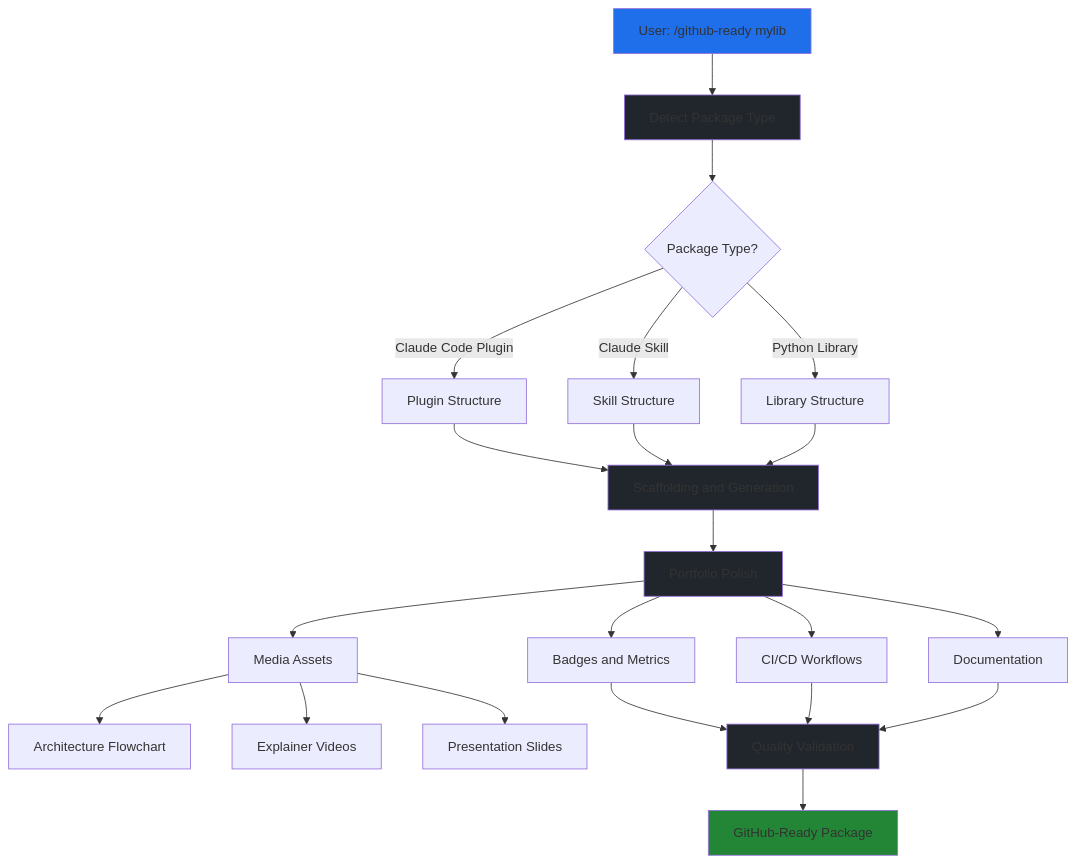
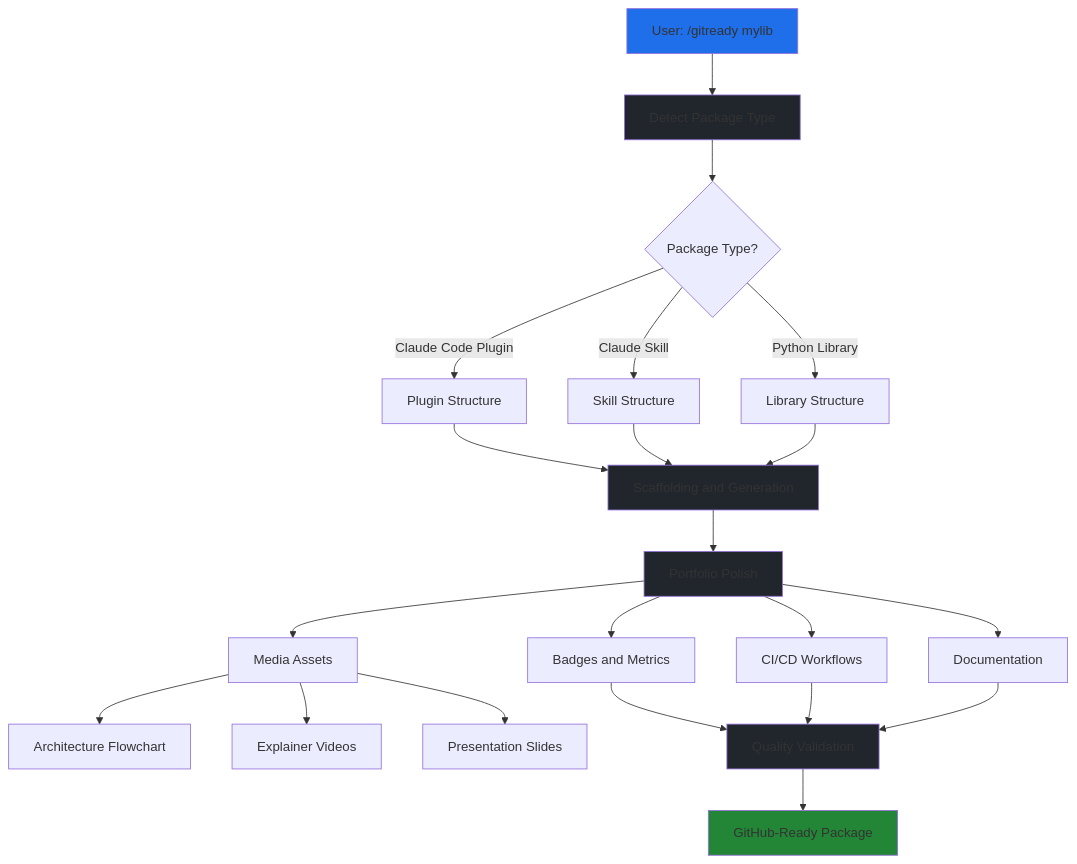
The diagram in README.md (EndUser123/gitready), drawn with Mermaid before and after one commit. The commit also changed other lines of this file and 34 other files, not shown here.

````diff
--- a/README.md
+++ b/README.md
@@ -329,38 +253,38 @@
 ```mermaid
 graph TB
-    Input[User: /github-ready mylib] --> Detect[Detect Package Type]
+    Input[User: /gitready mylib] --> Detect[Detect Package Type]
 
     Detect --> Type{Package Type?}
 
     Type -->|Claude Code Plugin| Plugin[Plugin Structure]
     Type -->|Claude Skill| Skill[Skill Structure]
     Type -->|Python Library| Library[Library Structure]
 
     Plugin --> Scaffold[Scaffolding and Generation]
     Skill --> Scaffold
     Library --> Scaffold
 
     Scaffold --> Polish[Portfolio Polish]
 
     Polish --> Badges[Badges and Metrics]
     Polish --> CI[CI/CD Workflows]
     Polish --> Docs[Documentation]
     Polish --> Media[Media Assets]
 
     Media --> Diagram[Architecture Flowchart]
     Media --> Video[Explainer Videos]
     Media --> Slides[Presentation Slides]
 
     Badges --> Quality[Quality Validation]
     CI --> Quality
     Docs --> Quality
 
     Quality --> Output[GitHub-Ready Package]
 
     style Input fill:#1f6feb
     style Output fill:#238636
     style Detect fill:#21262d
     style Scaffold fill:#21262d
     style Polish fill:#21262d
     style Quality fill:#21262d
 ```
````
